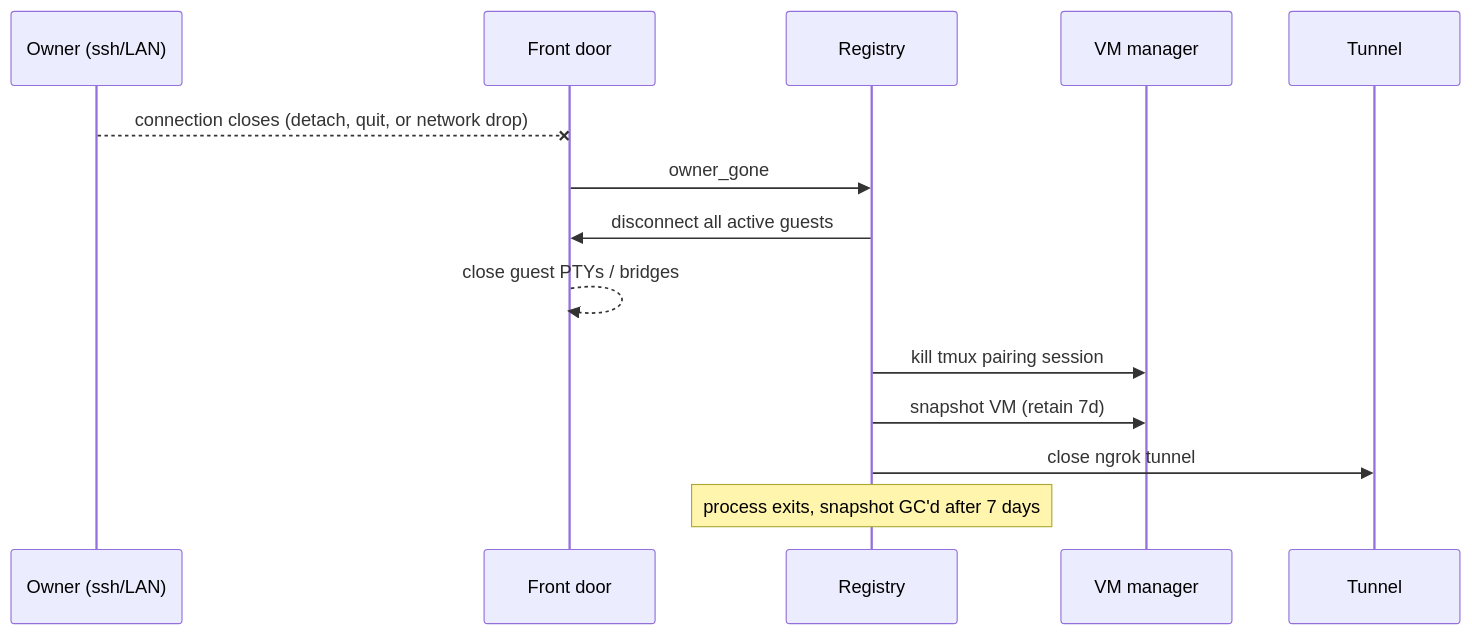
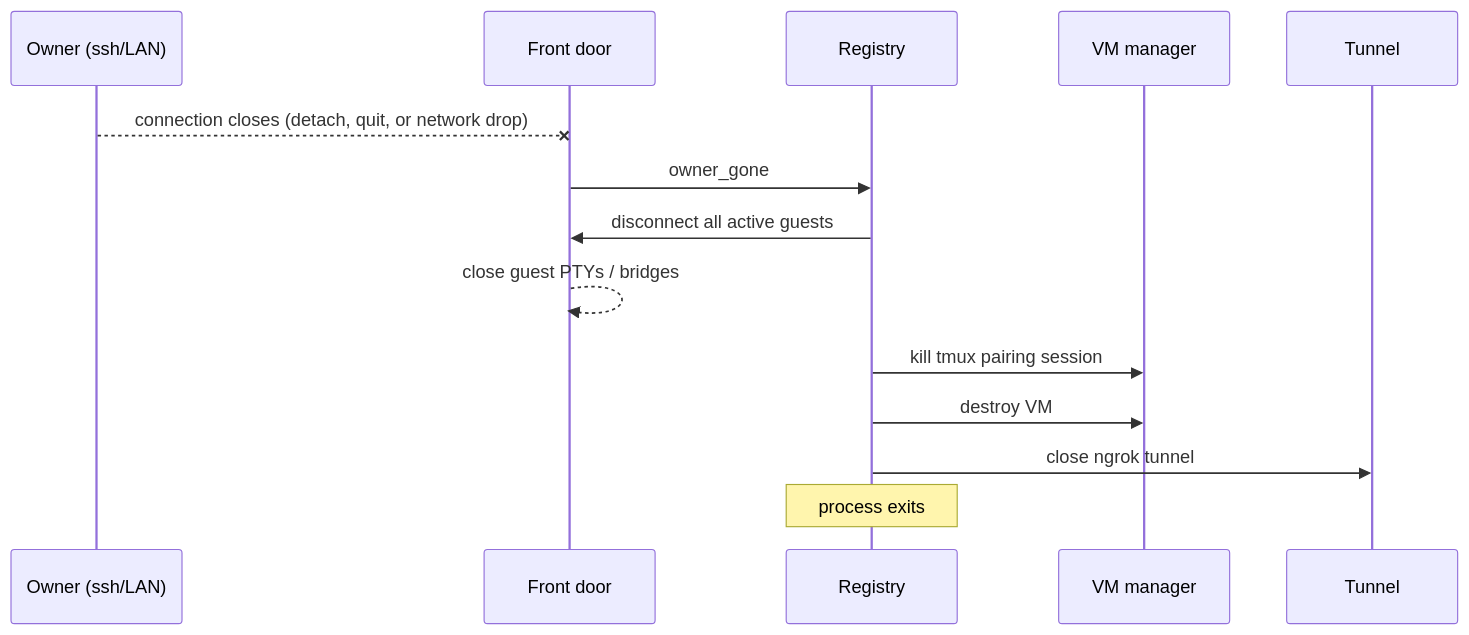
Before and after one commit to miccah/social-security: the third of 4 diagrams in docs/DESIGN.md, drawn with Mermaid. The commit also changed other lines of this file and 2 other files, not shown here.

````diff
--- a/docs/DESIGN.md
+++ b/docs/DESIGN.md
@@ -169,17 +169,17 @@
 ```mermaid
 sequenceDiagram
     participant O as Owner (ssh/LAN)
     participant F as Front door
     participant R as Registry
     participant V as VM manager
     participant Tn as Tunnel
 
     O--xF: connection closes (detach, quit, or network drop)
     F->>R: owner_gone
     R->>F: disconnect all active guests
     F-->>F: close guest PTYs / bridges
     R->>V: kill tmux pairing session
-    R->>V: snapshot VM (retain 7d)
+    R->>V: destroy VM
     R->>Tn: close ngrok tunnel
-    Note over R: process exits, snapshot GC'd after 7 days
+    Note over R: process exits
 ```
````
